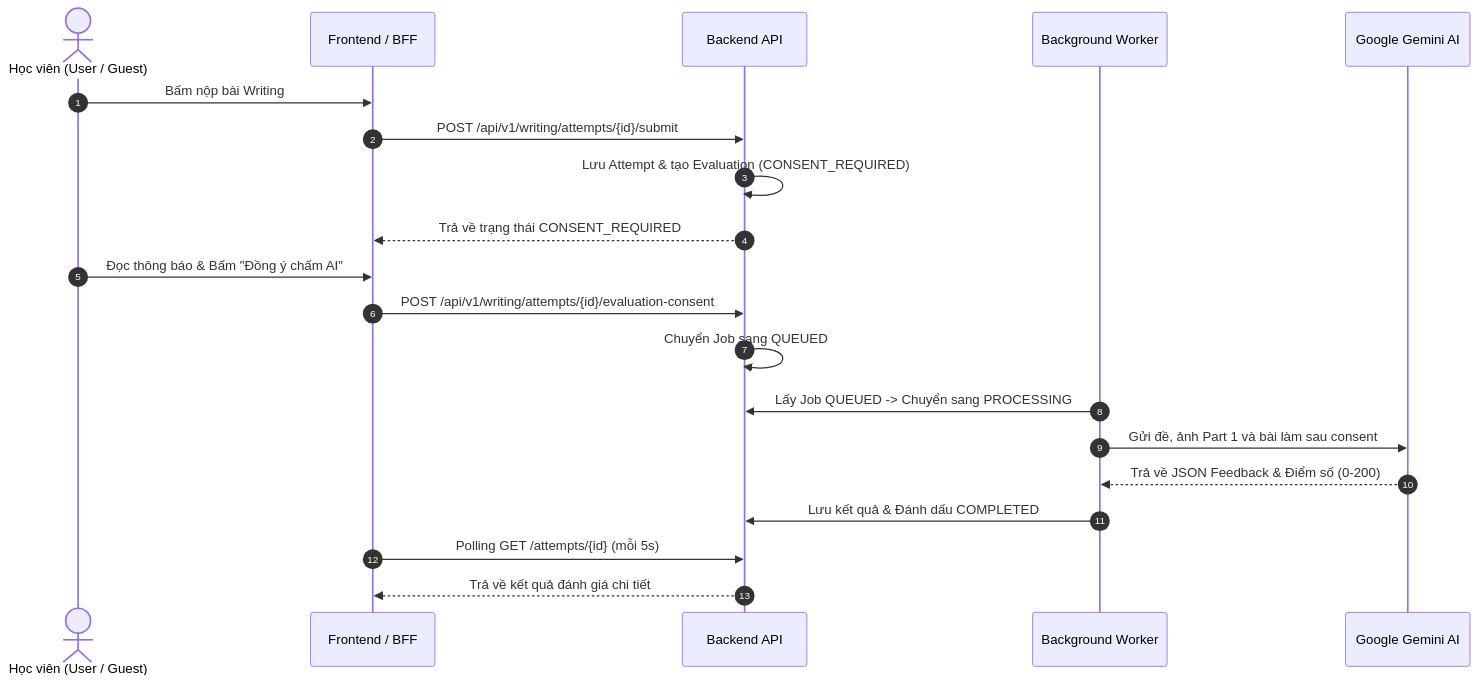
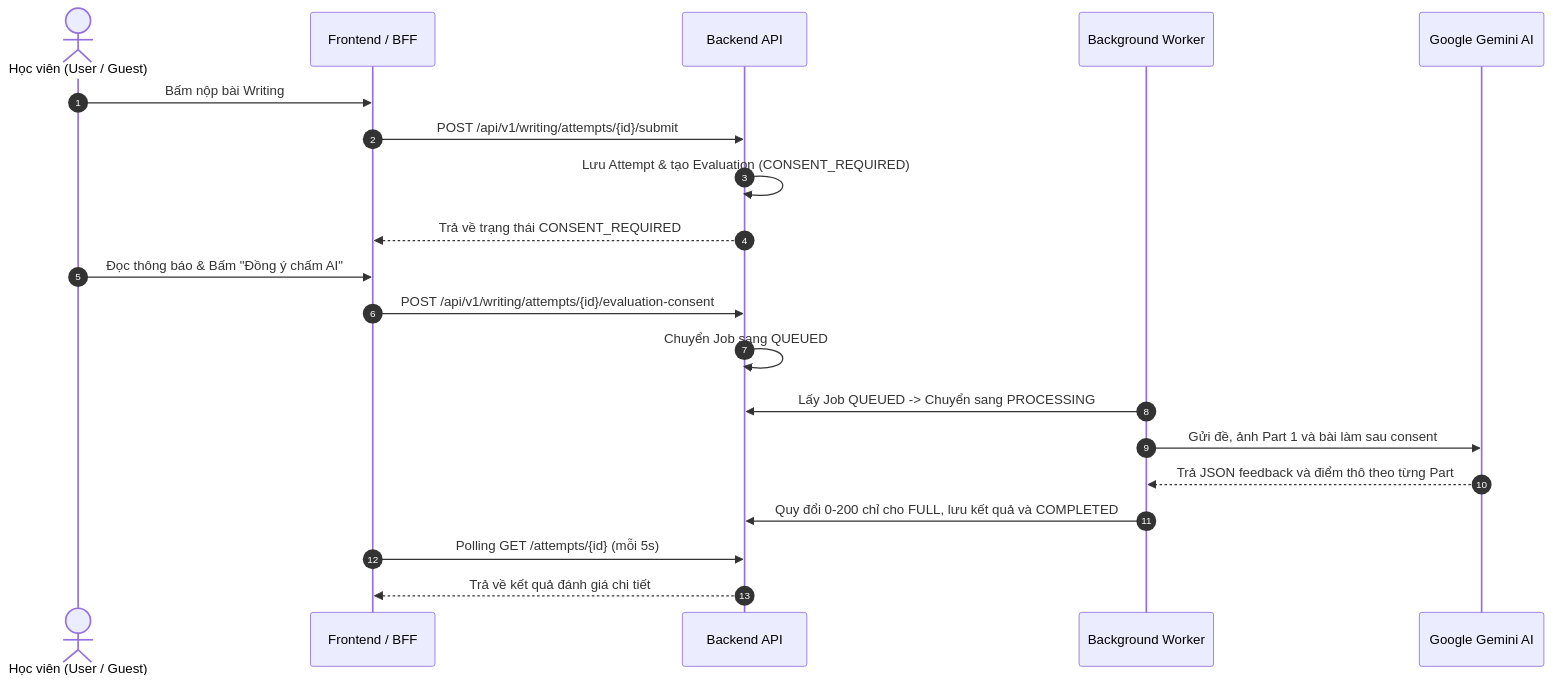
One commit to karasuma-2401/TOEICMaster-BE changed the diagram in docs/features/writing/spec.md. Above: the diagram before and after it, drawn with Mermaid. The commit also changed 12 other files, not shown here.

````diff
--- a/docs/features/writing/spec.md
+++ b/docs/features/writing/spec.md
@@ -56,23 +56,23 @@
 ```mermaid
 sequenceDiagram
     autonumber
     actor User as Học viên (User / Guest)
     participant FE as Frontend / BFF
     participant API as Backend API
     participant Worker as Background Worker
     participant Gemini as Google Gemini AI
 
     User->>FE: Bấm nộp bài Writing
     FE->>API: POST /api/v1/writing/attempts/{id}/submit
     API->>API: Lưu Attempt & tạo Evaluation (CONSENT_REQUIRED)
     API-->>FE: Trả về trạng thái CONSENT_REQUIRED
     User->>FE: Đọc thông báo & Bấm "Đồng ý chấm AI"
     FE->>API: POST /api/v1/writing/attempts/{id}/evaluation-consent
     API->>API: Chuyển Job sang QUEUED
     Worker->>API: Lấy Job QUEUED -> Chuyển sang PROCESSING
     Worker->>Gemini: Gửi đề, ảnh Part 1 và bài làm sau consent
-    Gemini-->>Worker: Trả về JSON Feedback & Điểm số (0-200)
-    Worker->>API: Lưu kết quả & Đánh dấu COMPLETED
+    Gemini-->>Worker: Trả JSON feedback và điểm thô theo từng Part
+    Worker->>API: Quy đổi 0-200 chỉ cho FULL, lưu kết quả và COMPLETED
     FE->>API: Polling GET /attempts/{id} (mỗi 5s)
     API-->>FE: Trả về kết quả đánh giá chi tiết
 ```
````
